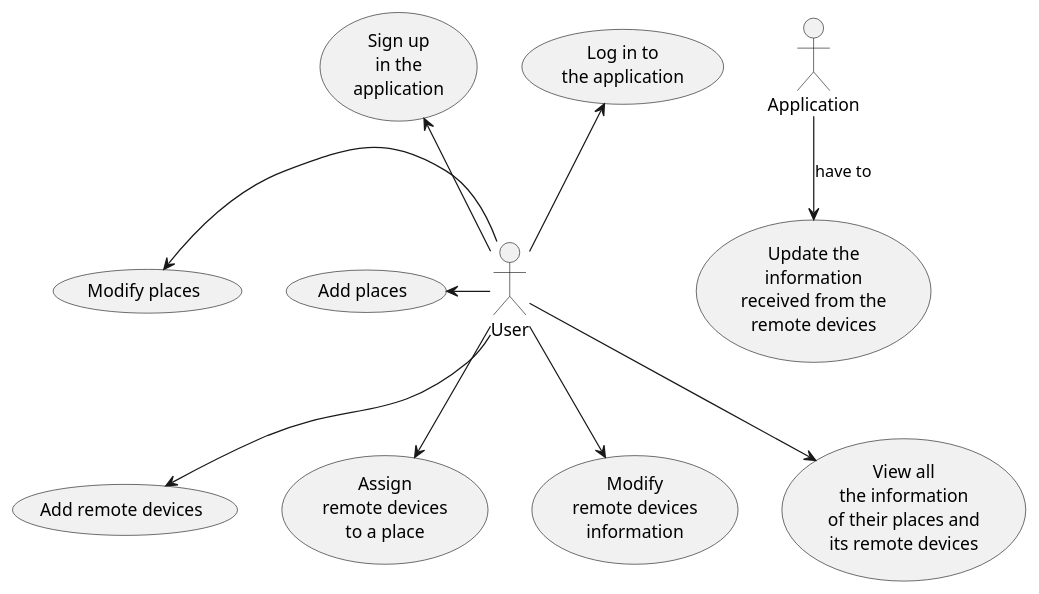
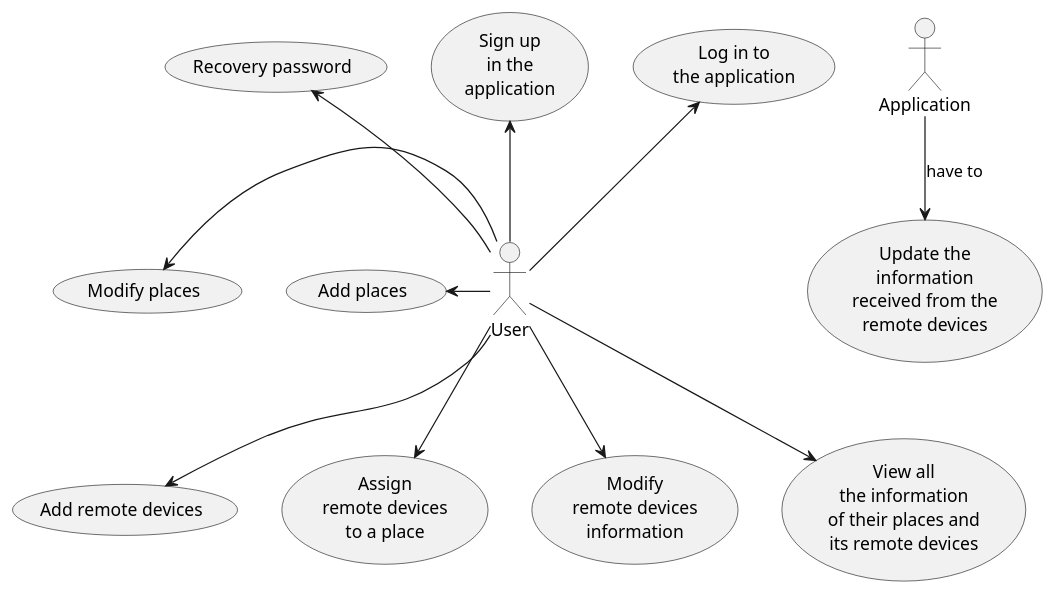
The diagram in comiot/Diagrams/DUsesCases.puml (hectorgastaminza/Iot), drawn with PlantUML before and after one commit. The commit also changed 8 other files, not shown here.

```diff
--- a/comiot/Diagrams/DUsesCases.puml
+++ b/comiot/Diagrams/DUsesCases.puml
@@ -1,45 +1,46 @@
 @startuml
-
 usecase UC001 as "Log in to
 the application"
 
 usecase UC002 as "Add places"
 
 usecase UC003 as "Add remote devices"
 
 usecase UC004 as "Assign
 remote devices
 to a place"
 
 usecase UC005 as "Modify places"
 
 usecase UC006 as "Modify
 remote devices
 information"
 
 usecase UC007 as "View all
 the information
 of their places and
 its remote devices"
 
 usecase UC008 as "Update the
 information
 received from the
 remote devices"
 
 usecase UC009 as "Sign up 
 in the
 application"
 
+usecase UC010 as "Recovery password"
+
 User -up-> (UC001)
 User -left-> (UC002)
 User -down-> (UC003)
 User -down-> (UC004)
 User -left-> (UC005)
 User -down-> (UC006)
 User -down-> (UC007)
 User -up-> (UC009)
+User -up-> (UC010)
 
 Application -down-> (UC008) : have to
-
 @enduml
```
